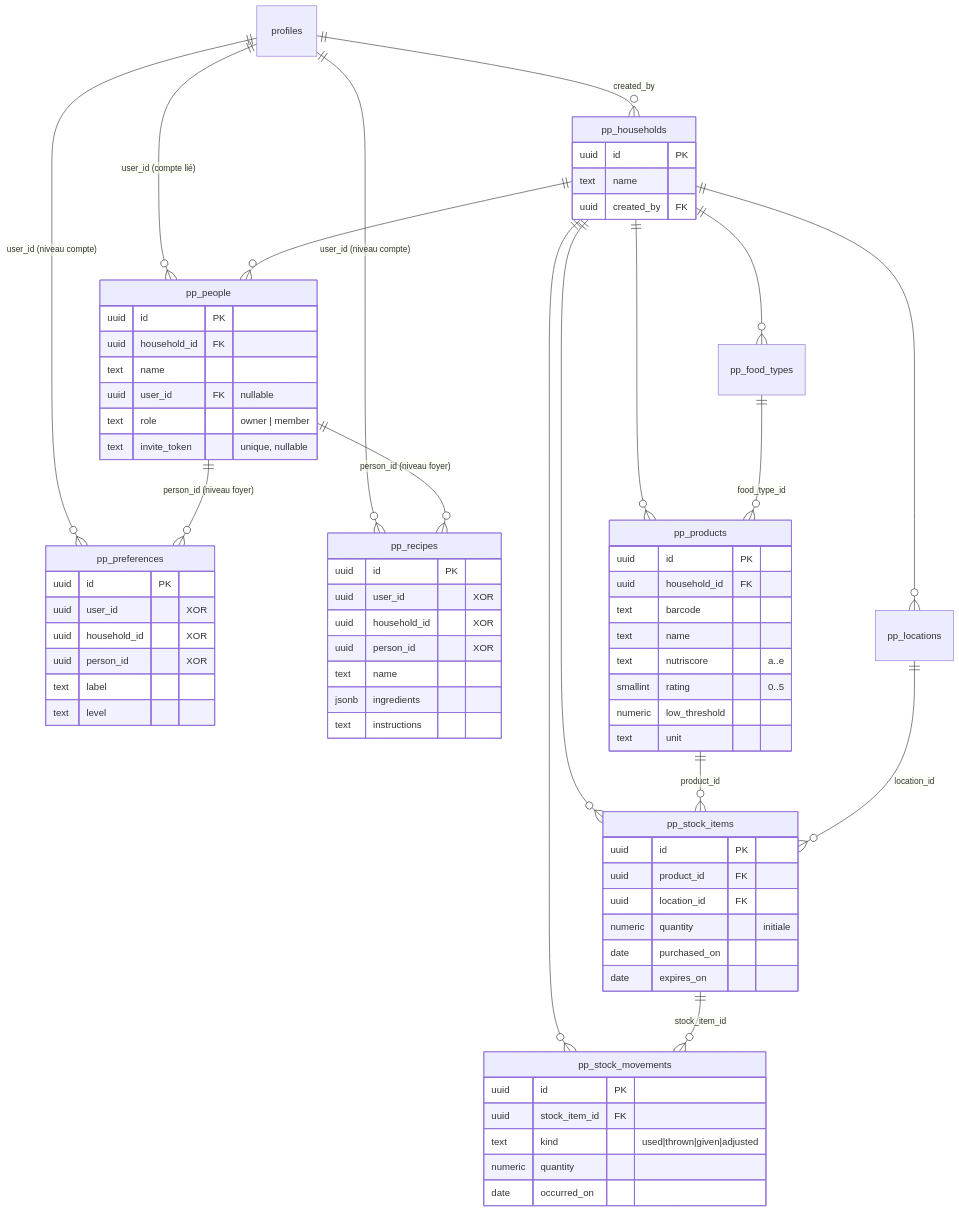
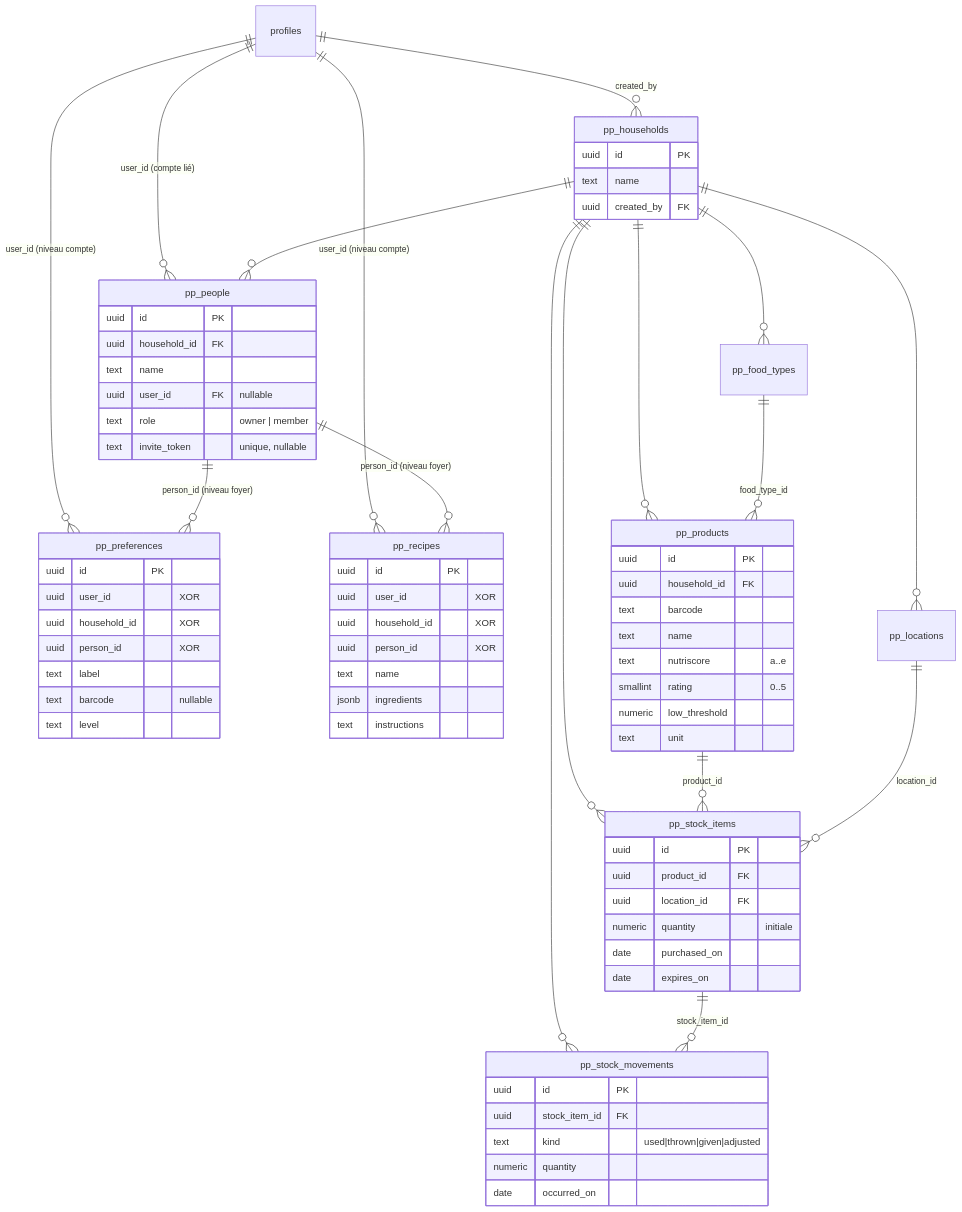
One commit to Jabbalh/PopotteEtPlacard changed the diagram in docs/base-de-donnees.md. Above: the diagram before and after it, drawn with Mermaid. The commit also changed other lines of this file and 13 other files, not shown here.

````diff
--- a/docs/base-de-donnees.md
+++ b/docs/base-de-donnees.md
@@ -43,78 +50,79 @@
 ```mermaid
 erDiagram
     profiles ||--o{ pp_households : "created_by"
     profiles ||--o{ pp_people : "user_id (compte lié)"
     profiles ||--o{ pp_preferences : "user_id (niveau compte)"
     profiles ||--o{ pp_recipes : "user_id (niveau compte)"
 
     pp_households ||--o{ pp_people : ""
     pp_households ||--o{ pp_locations : ""
     pp_households ||--o{ pp_food_types : ""
     pp_households ||--o{ pp_products : ""
     pp_households ||--o{ pp_stock_items : ""
     pp_households ||--o{ pp_stock_movements : ""
 
     pp_food_types ||--o{ pp_products : "food_type_id"
     pp_products ||--o{ pp_stock_items : "product_id"
     pp_locations ||--o{ pp_stock_items : "location_id"
     pp_stock_items ||--o{ pp_stock_movements : "stock_item_id"
 
     pp_people ||--o{ pp_preferences : "person_id (niveau foyer)"
     pp_people ||--o{ pp_recipes : "person_id (niveau foyer)"
 
     pp_households {
         uuid id PK
         text name
         uuid created_by FK
     }
     pp_people {
         uuid id PK
         uuid household_id FK
         text name
         uuid user_id FK "nullable"
         text role "owner | member"
         text invite_token "unique, nullable"
     }
     pp_products {
         uuid id PK
         uuid household_id FK
         text barcode
         text name
         text nutriscore "a..e"
         smallint rating "0..5"
         numeric low_threshold
         text unit
     }
     pp_stock_items {
         uuid id PK
         uuid product_id FK
         uuid location_id FK
         numeric quantity "initiale"
         date purchased_on
         date expires_on
     }
     pp_stock_movements {
         uuid id PK
         uuid stock_item_id FK
         text kind "used|thrown|given|adjusted"
         numeric quantity
         date occurred_on
     }
     pp_preferences {
         uuid id PK
         uuid user_id "XOR"
         uuid household_id "XOR"
         uuid person_id "XOR"
         text label
+        text barcode "nullable"
         text level
     }
     pp_recipes {
         uuid id PK
         uuid user_id "XOR"
         uuid household_id "XOR"
         uuid person_id "XOR"
         text name
         jsonb ingredients
         text instructions
     }
 ```
````
